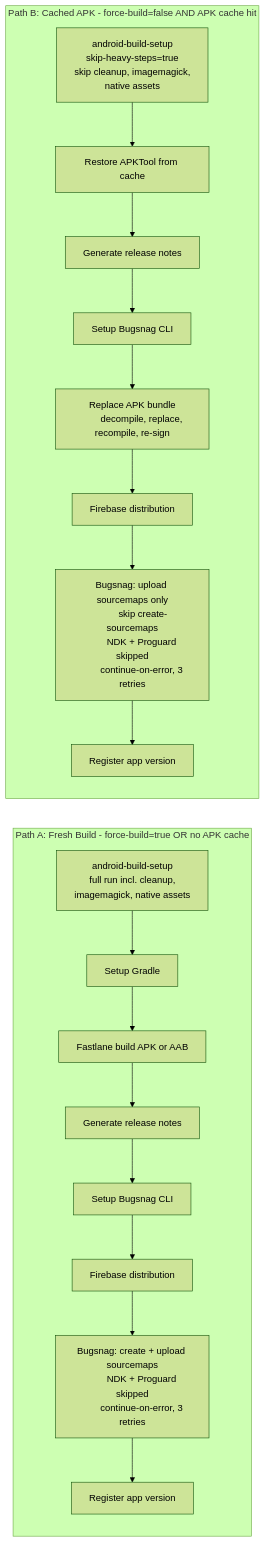
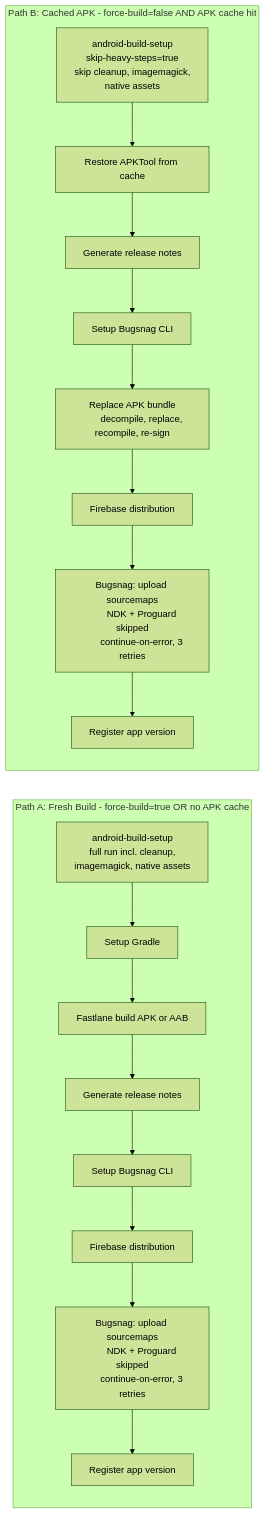
The fifth of 6 diagrams in docs/android-build-staging-graph.md (AtB-AS/mittatb-app), drawn with Mermaid (forest theme) before and after one commit. The commit also changed other lines of this file and 9 other files, not shown here.

````diff
--- a/docs/android-build-staging-graph.md
+++ b/docs/android-build-staging-graph.md
@@ -279,35 +276,34 @@
 ```mermaid
 flowchart LR
     subgraph fresh ["Path A: Fresh Build - force-build=true OR no APK cache"]
         direction TB
         f1["android-build-setup
         full run incl. cleanup,
         imagemagick, native assets"] --> f2["Setup Gradle"]
         f2 --> f3["Fastlane build APK or AAB"]
         f3 --> f4["Generate release notes"]
         f4 --> f5["Setup Bugsnag CLI"]
         f5 --> f6["Firebase distribution"]
-        f6 --> f7["Bugsnag: create + upload sourcemaps
+        f6 --> f7["Bugsnag: upload sourcemaps
         NDK + Proguard skipped
         continue-on-error, 3 retries"]
         f7 --> f8["Register app version"]
     end
 
     subgraph cached ["Path B: Cached APK - force-build=false AND APK cache hit"]
         direction TB
         c1["android-build-setup
         skip-heavy-steps=true
         skip cleanup, imagemagick,
         native assets"] --> c2["Restore APKTool from cache"]
         c2 --> c3["Generate release notes"]
         c3 --> c4["Setup Bugsnag CLI"]
         c4 --> c5["Replace APK bundle
         decompile, replace, recompile, re-sign"]
         c5 --> c6["Firebase distribution"]
-        c6 --> c7["Bugsnag: upload sourcemaps only
-        skip create-sourcemaps
+        c6 --> c7["Bugsnag: upload sourcemaps
         NDK + Proguard skipped
         continue-on-error, 3 retries"]
         c7 --> c8["Register app version"]
     end
 ```
````
